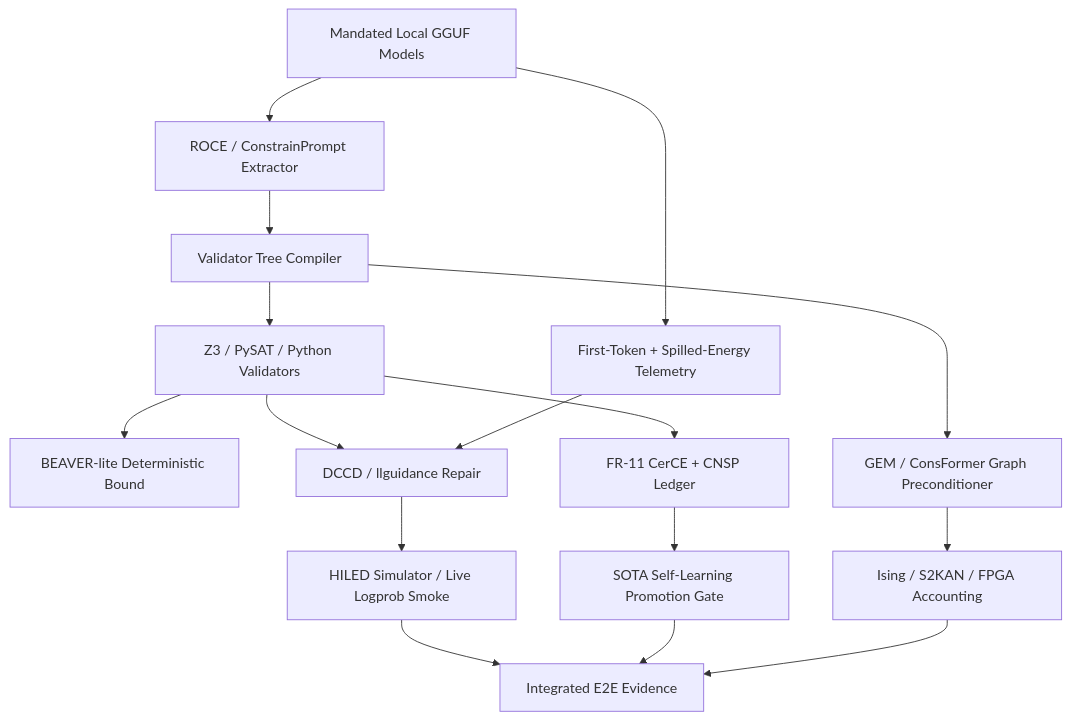
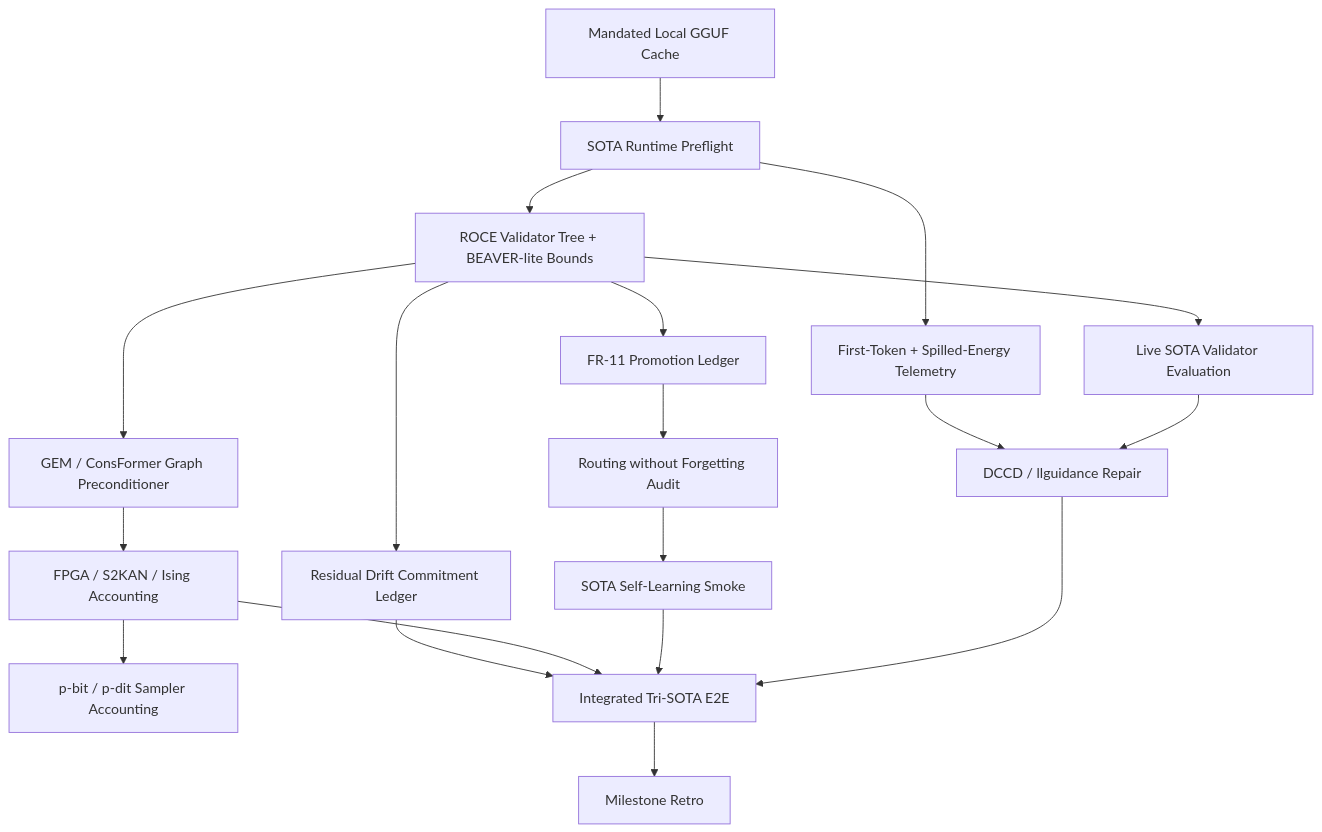
Before and after one commit to Carnot-EBM/carnot-ebm: the first of 2 diagrams in openspec/change-proposals/research-roadmap-vNEXT.md, drawn with Mermaid. The commit also changed other lines of this file and 2 other files, not shown here.

First line of the commit message:
[conductor] Plan next milestone: 2026.05.148

````diff
--- a/openspec/change-proposals/research-roadmap-vNEXT.md
+++ b/openspec/change-proposals/research-roadmap-vNEXT.md
@@ -39,18 +39,21 @@
 ```mermaid
 flowchart TD
-    A[Mandated Local GGUF Models] --> B[ROCE / ConstrainPrompt Extractor]
-    B --> C[Validator Tree Compiler]
-    C --> D[Z3 / PySAT / Python Validators]
-    D --> E[BEAVER-lite Deterministic Bound]
-    A --> F[First-Token + Spilled-Energy Telemetry]
-    D --> G[DCCD / llguidance Repair]
-    F --> G
-    G --> H[HILED Simulator / Live Logprob Smoke]
-    D --> I[FR-11 CerCE + CNSP Ledger]
-    I --> J[SOTA Self-Learning Promotion Gate]
+    A[Mandated Local GGUF Cache] --> B[SOTA Runtime Preflight]
+    B --> C[ROCE Validator Tree + BEAVER-lite Bounds]
+    C --> D[Live SOTA Validator Evaluation]
+    B --> E[First-Token + Spilled-Energy Telemetry]
+    D --> F[DCCD / llguidance Repair]
+    E --> F
+    C --> G[Residual Drift Commitment Ledger]
+    C --> H[FR-11 Promotion Ledger]
+    H --> I[Routing without Forgetting Audit]
+    I --> J[SOTA Self-Learning Smoke]
     C --> K[GEM / ConsFormer Graph Preconditioner]
-    K --> L[Ising / S2KAN / FPGA Accounting]
-    H --> M[Integrated E2E Evidence]
-    J --> M
-    L --> M
+    K --> L[FPGA / S2KAN / Ising Accounting]
+    L --> M[p-bit / p-dit Sampler Accounting]
+    F --> N[Integrated Tri-SOTA E2E]
+    J --> N
+    L --> N
+    G --> N
+    N --> O[Milestone Retro]
 ```
````
